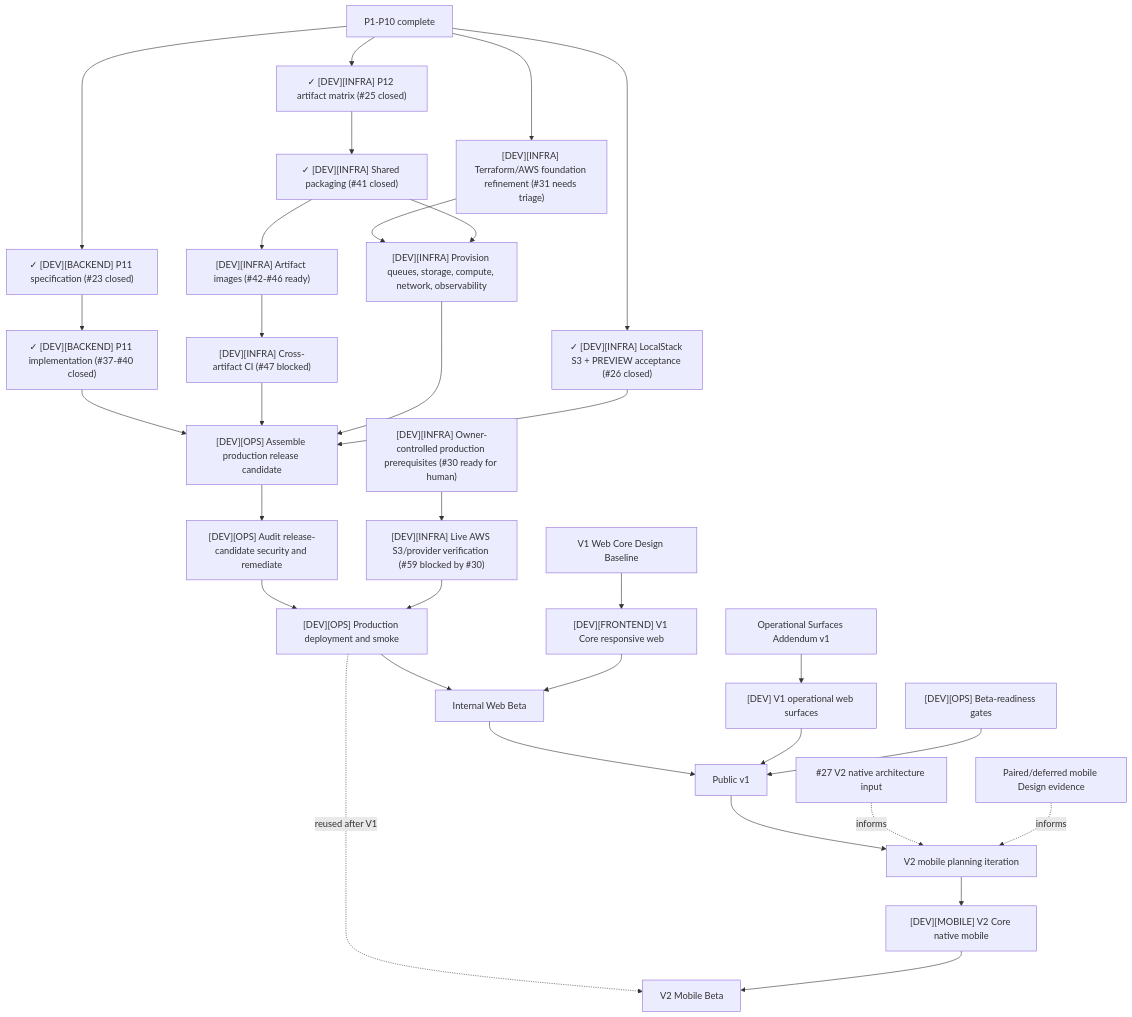
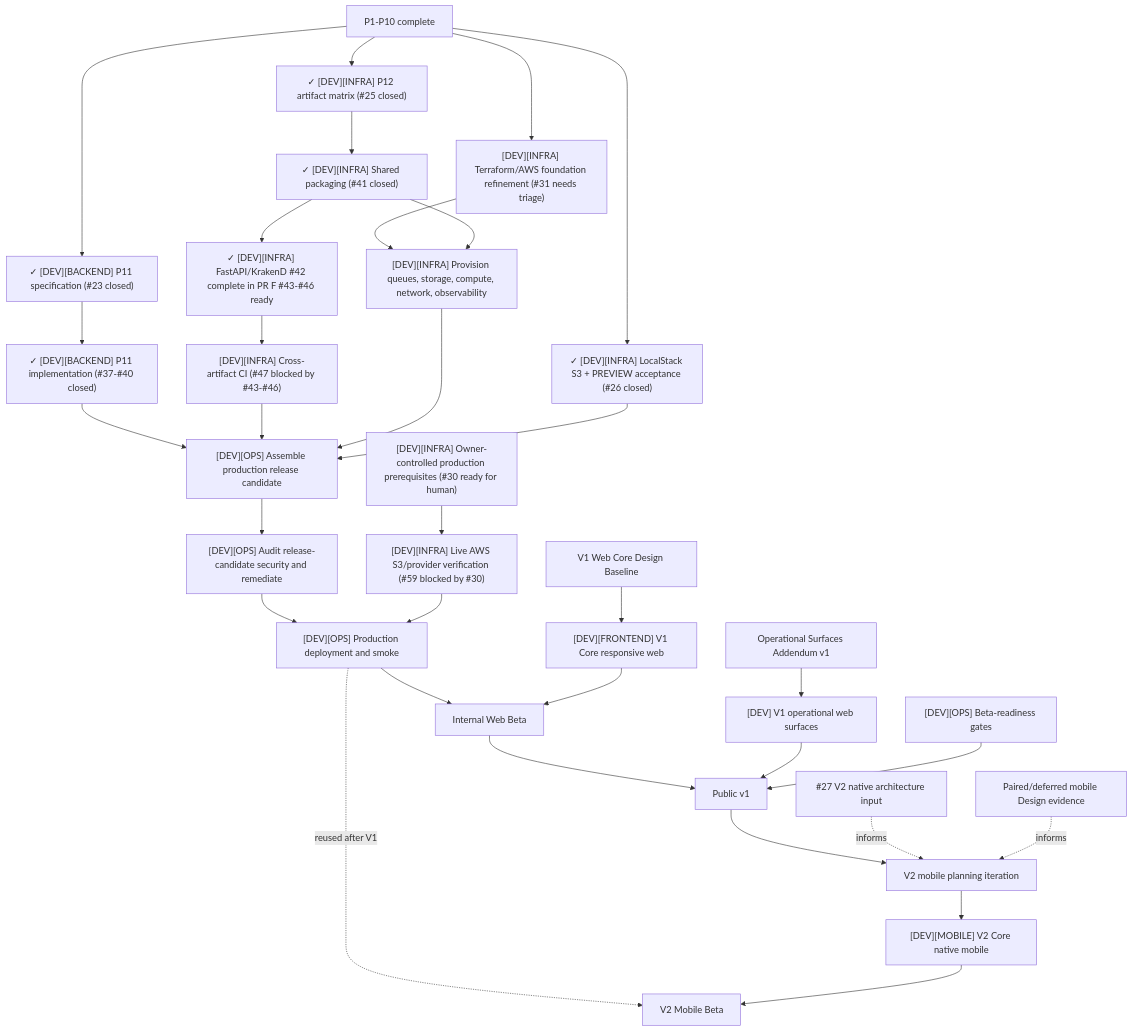
Before and after one commit to starkovalera/recipe-manager: the diagram in docs/architecture/production-roadmap.md, drawn with Mermaid. The commit also changed other lines of this file and 15 other files, not shown here.

First line of the commit message:
feat(infra): add API and KrakenD production artifacts (#42) (#70)

````diff
--- a/docs/architecture/production-roadmap.md
+++ b/docs/architecture/production-roadmap.md
@@ -215,41 +215,41 @@
 ```mermaid
 flowchart TD
   p10["P1-P10 complete"]
   p10 --> p11Spec["✓ [DEV][BACKEND] P11 specification (#23 closed)"]
   p11Spec --> p11Implementation["✓ [DEV][BACKEND] P11 implementation (#37-#40 closed)"]
   p10 --> p12Spec["✓ [DEV][INFRA] P12 artifact matrix (#25 closed)"]
   p12Spec --> p12Shared["✓ [DEV][INFRA] Shared packaging (#41 closed)"]
-  p12Shared --> p12Artifacts["[DEV][INFRA] Artifact images (#42-#46 ready)"]
-  p12Artifacts --> p12Ci["[DEV][INFRA] Cross-artifact CI (#47 blocked)"]
+  p12Shared --> p12Artifacts["✓ [DEV][INFRA] FastAPI/KrakenD #42 complete in PR #70; #43-#46 ready"]
+  p12Artifacts --> p12Ci["[DEV][INFRA] Cross-artifact CI (#47 blocked by #43-#46)"]
   p10 --> localstack["✓ [DEV][INFRA] LocalStack S3 + PREVIEW acceptance (#26 closed)"]
   p10 --> tfFoundation["[DEV][INFRA] Terraform/AWS foundation refinement (#31 needs triage)"]
   ownerInputs["[DEV][INFRA] Owner-controlled production prerequisites (#30 ready for human)"]
   ownerInputs --> liveAws["[DEV][INFRA] Live AWS S3/provider verification (#59 blocked by #30)"]
 
   tfFoundation --> cloudResources["[DEV][INFRA] Provision queues, storage, compute, network, observability"]
   p12Shared --> cloudResources
 
   p11Implementation --> releaseCandidate["[DEV][OPS] Assemble production release candidate"]
   p12Ci --> releaseCandidate
   cloudResources --> releaseCandidate
   localstack --> releaseCandidate
   releaseCandidate --> security["[DEV][OPS] Audit release-candidate security and remediate"]
   security --> technicalProd["[DEV][OPS] Production deployment and smoke"]
   liveAws --> technicalProd
 
   designCore["V1 Web Core Design Baseline"] --> web["[DEV][FRONTEND] V1 Core responsive web"]
   technicalProd --> webBeta["Internal Web Beta"]
   web --> webBeta
 
   designOps["Operational Surfaces Addendum v1"] --> operationalClients["[DEV] V1 operational web surfaces"]
   webBeta --> publicV1["Public v1"]
   operationalClients --> publicV1
   beta["[DEV][OPS] Beta-readiness gates"] --> publicV1
 
   publicV1 --> v2Planning["V2 mobile planning iteration"]
   mobileResearch["#27 V2 native architecture input"] -. informs .-> v2Planning
   pairedDesign["Paired/deferred mobile Design evidence"] -. informs .-> v2Planning
   v2Planning --> mobile["[DEV][MOBILE] V2 Core native mobile"]
   technicalProd -. reused after V1 .-> mobileBeta["V2 Mobile Beta"]
   mobile --> mobileBeta
 ```
````
